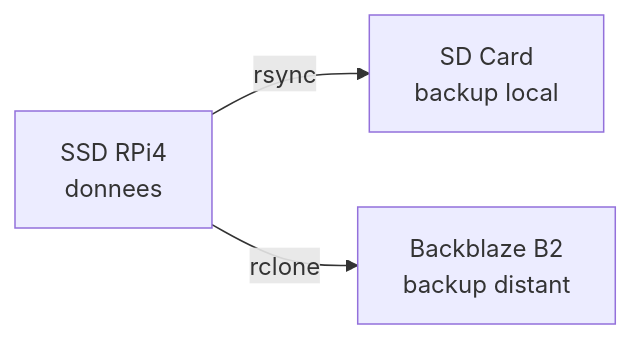
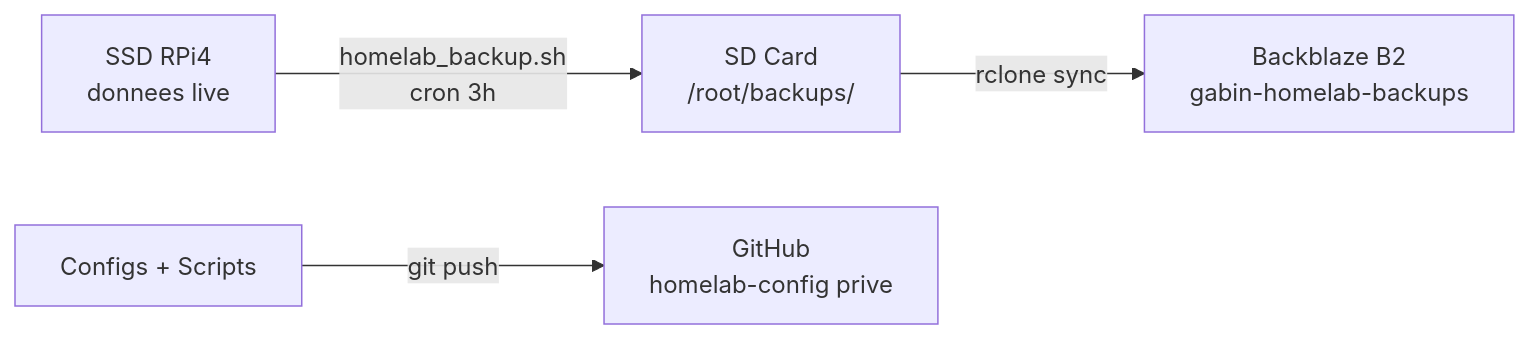
One commit to GabinSMD/homelab-doc changed the first of 2 diagrams in docs/infrastructure/backups.md. Above: the diagram before and after it, drawn with Mermaid. The commit also changed other lines of this file, not shown here.

First line of the commit message:
Rewrite backups page: document implemented strategy

````diff
--- a/docs/infrastructure/backups.md
+++ b/docs/infrastructure/backups.md
@@ -59,5 +5,6 @@
 ```mermaid
 graph LR
-    SSD[SSD RPi4<br/>donnees] -->|rsync| SD[SD Card<br/>backup local]
-    SSD -->|rclone| Cloud[Backblaze B2<br/>backup distant]
+    SSD[SSD RPi4<br/>donnees live] -->|homelab_backup.sh<br/>cron 3h| SD[SD Card<br/>/root/backups/]
+    SD -->|rclone sync| B2[Backblaze B2<br/>gabin-homelab-backups]
+    Git[Configs + Scripts] -->|git push| GitHub[GitHub<br/>homelab-config prive]
 ```
````
